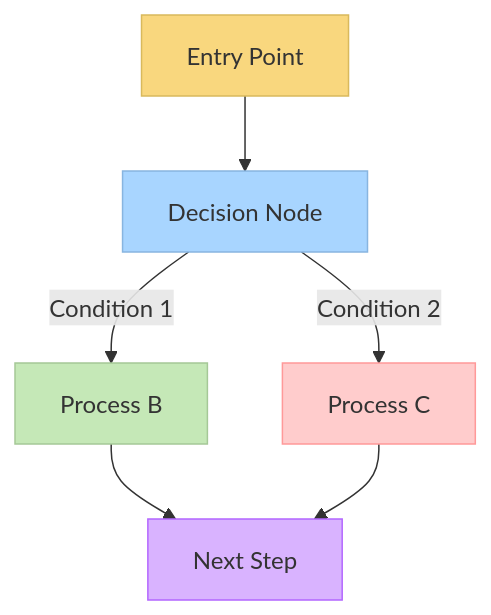
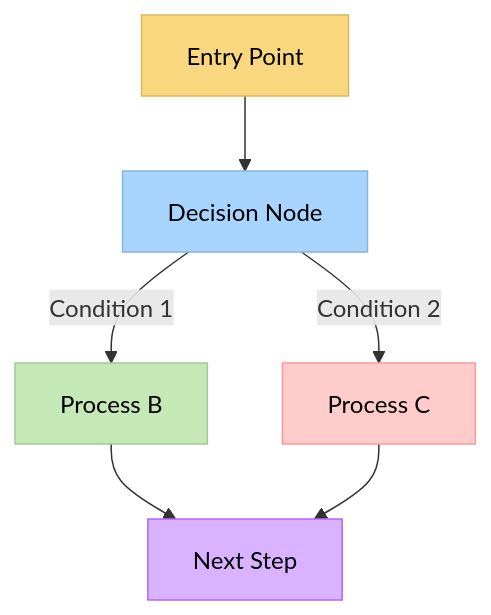
Before and after one commit to ac484/ng-ac: the third of 11 diagrams in memory_bank_upgrade_guide.md, drawn with Mermaid. The commit also changed other lines of this file and 18 other files, not shown here.

````diff
--- a/memory_bank_upgrade_guide.md
+++ b/memory_bank_upgrade_guide.md
@@ -71,14 +71,14 @@
 ```mermaid
 graph TD
     Start[Entry Point] --> A[Decision Node]
     A -->|Condition 1| B[Process B]
     A -->|Condition 2| C[Process C]
     B --> D[Next Step]
     C --> D
     
-    style Start fill:#f9d77e,stroke:#d9b95c
-    style A fill:#a8d5ff,stroke:#88b5e0
-    style B fill:#c5e8b7,stroke:#a5c897
-    style C fill:#ffcccc,stroke:#ff9999
-    style D fill:#d9b3ff,stroke:#b366ff
+    style Start fill:#f9d77e,stroke:#d9b95c,color:black
+    style A fill:#a8d5ff,stroke:#88b5e0,color:black
+    style B fill:#c5e8b7,stroke:#a5c897,color:black
+    style C fill:#ffcccc,stroke:#ff9999,color:black
+    style D fill:#d9b3ff,stroke:#b366ff,color:black
 ```
````
